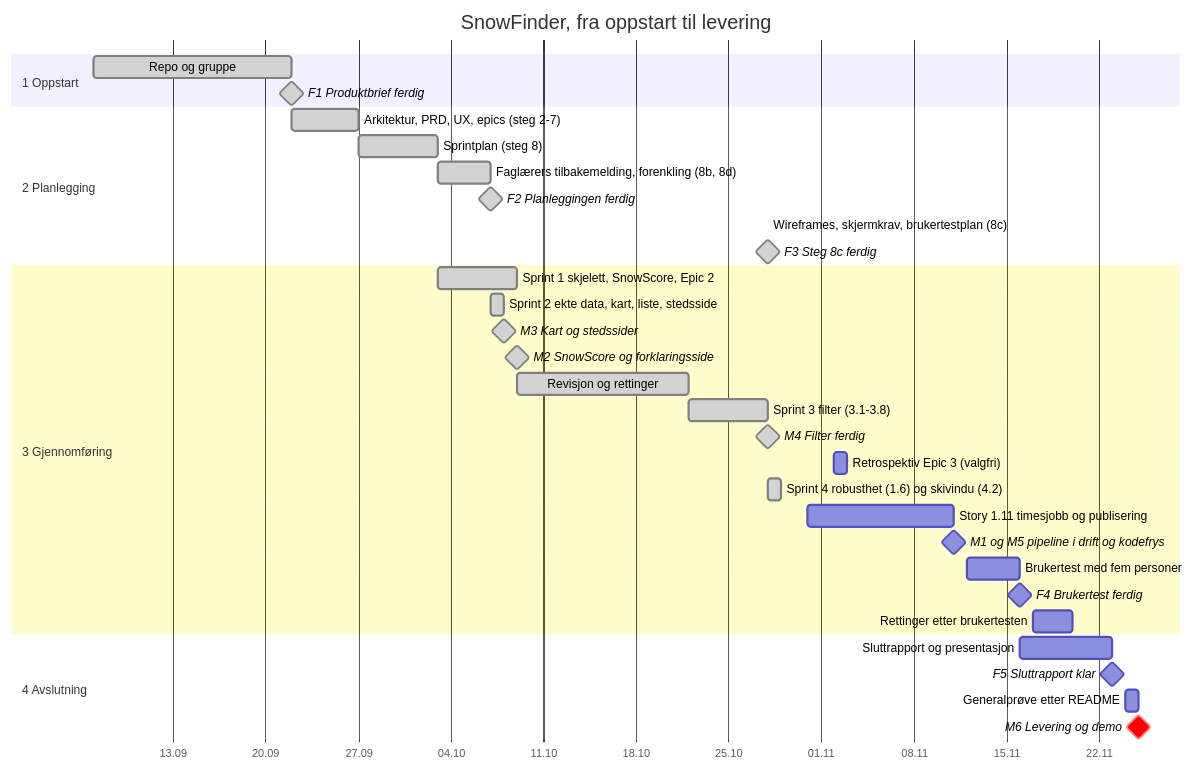
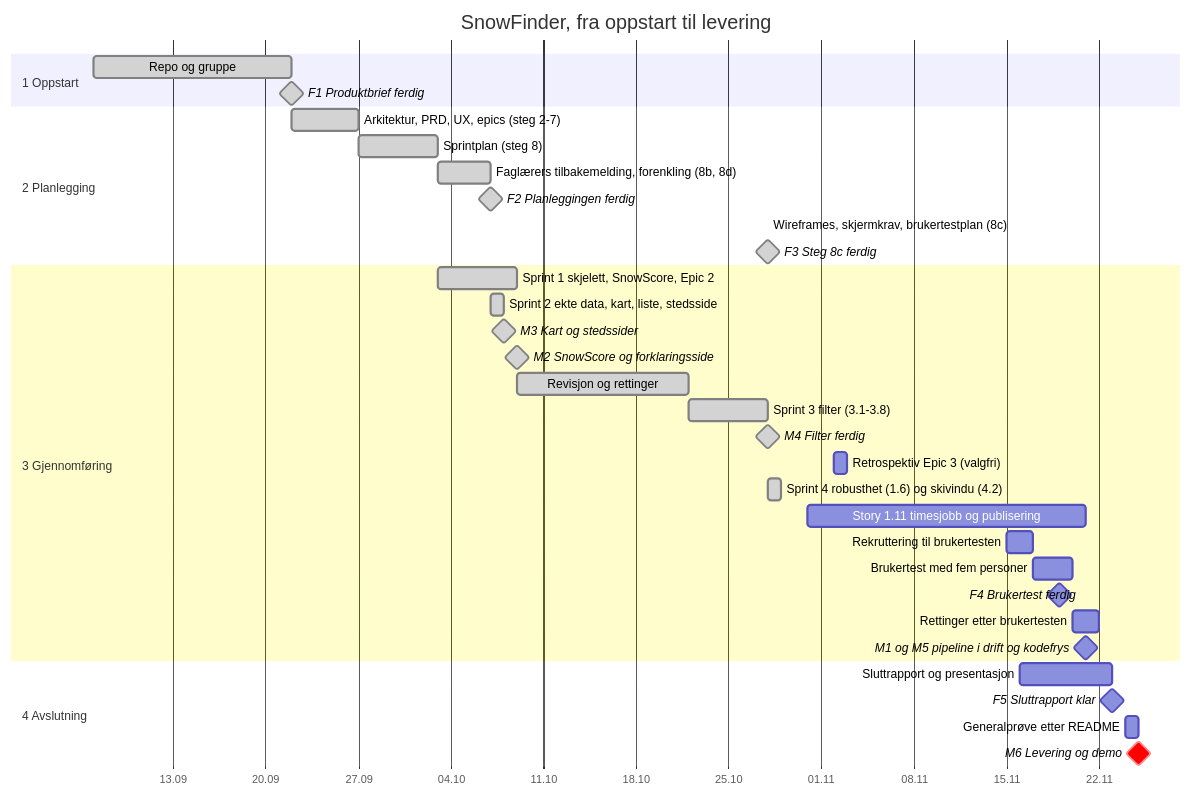
Before and after one commit to IBE160-2026/G18-bikila-dymbe-gela-james: the diagram in project-phase-folders/3-Gjennomføringsfasen/fremdriftsplan.md, drawn with Mermaid. The commit also changed other lines of this file and 11 other files, not shown here.

Commit message:
docs: legg til materiell for brukertesten og foreslå nye datoer

````diff
--- a/project-phase-folders/3-Gjennomføringsfasen/fremdriftsplan.md
+++ b/project-phase-folders/3-Gjennomføringsfasen/fremdriftsplan.md
@@ -306,40 +308,41 @@
 ```mermaid
 gantt
     title SnowFinder, fra oppstart til levering
     dateFormat YYYY-MM-DD
     axisFormat %d.%m
 
     section 1 Oppstart
     Repo og gruppe                                : done, 2026-09-07, 2026-09-22
     F1 Produktbrief ferdig                        : milestone, done, 2026-09-22, 0d
 
     section 2 Planlegging
     Arkitektur, PRD, UX, epics (steg 2-7)         : done, 2026-09-22, 2026-09-27
     Sprintplan (steg 8)                           : done, 2026-09-27, 2026-10-03
     Faglærers tilbakemelding, forenkling (8b, 8d) : done, 2026-10-03, 2026-10-07
     F2 Planleggingen ferdig                       : milestone, done, 2026-10-07, 0d
     Wireframes, skjermkrav, brukertestplan (8c)   : done, 2026-10-28, 2026-10-28
     F3 Steg 8c ferdig                             : milestone, done, 2026-10-28, 0d
 
     section 3 Gjennomføring
     Sprint 1 skjelett, SnowScore, Epic 2          : done, 2026-10-03, 2026-10-09
     Sprint 2 ekte data, kart, liste, stedsside    : done, 2026-10-07, 2026-10-08
     M3 Kart og stedssider                         : milestone, done, 2026-10-08, 0d
     M2 SnowScore og forklaringsside               : milestone, done, 2026-10-09, 0d
     Revisjon og rettinger                         : done, 2026-10-09, 2026-10-22
     Sprint 3 filter (3.1-3.8)                     : done, 2026-10-22, 2026-10-28
     M4 Filter ferdig                              : milestone, done, 2026-10-28, 0d
     Retrospektiv Epic 3 (valgfri)                 : 2026-11-02, 2026-11-03
     Sprint 4 robusthet (1.6) og skivindu (4.2)    : done, 2026-10-28, 2026-10-29
-    Story 1.11 timesjobb og publisering           : 2026-10-31, 2026-11-11
-    M1 og M5 pipeline i drift og kodefrys         : milestone, 2026-11-11, 0d
-    Brukertest med fem personer                   : 2026-11-12, 2026-11-16
-    F4 Brukertest ferdig                          : milestone, 2026-11-16, 0d
-    Rettinger etter brukertesten                  : 2026-11-17, 2026-11-20
+    Story 1.11 timesjobb og publisering           : 2026-10-31, 2026-11-21
+    Rekruttering til brukertesten                 : 2026-11-15, 2026-11-17
+    Brukertest med fem personer                   : 2026-11-17, 2026-11-20
+    F4 Brukertest ferdig                          : milestone, 2026-11-19, 0d
+    Rettinger etter brukertesten                  : 2026-11-20, 2026-11-22
+    M1 og M5 pipeline i drift og kodefrys         : milestone, 2026-11-21, 0d
 
     section 4 Avslutning
     Sluttrapport og presentasjon                  : 2026-11-16, 2026-11-23
     F5 Sluttrapport klar                          : milestone, 2026-11-23, 0d
     Generalprøve etter README                     : 2026-11-24, 2026-11-25
     M6 Levering og demo                           : milestone, crit, 2026-11-25, 0d
 ```
````
